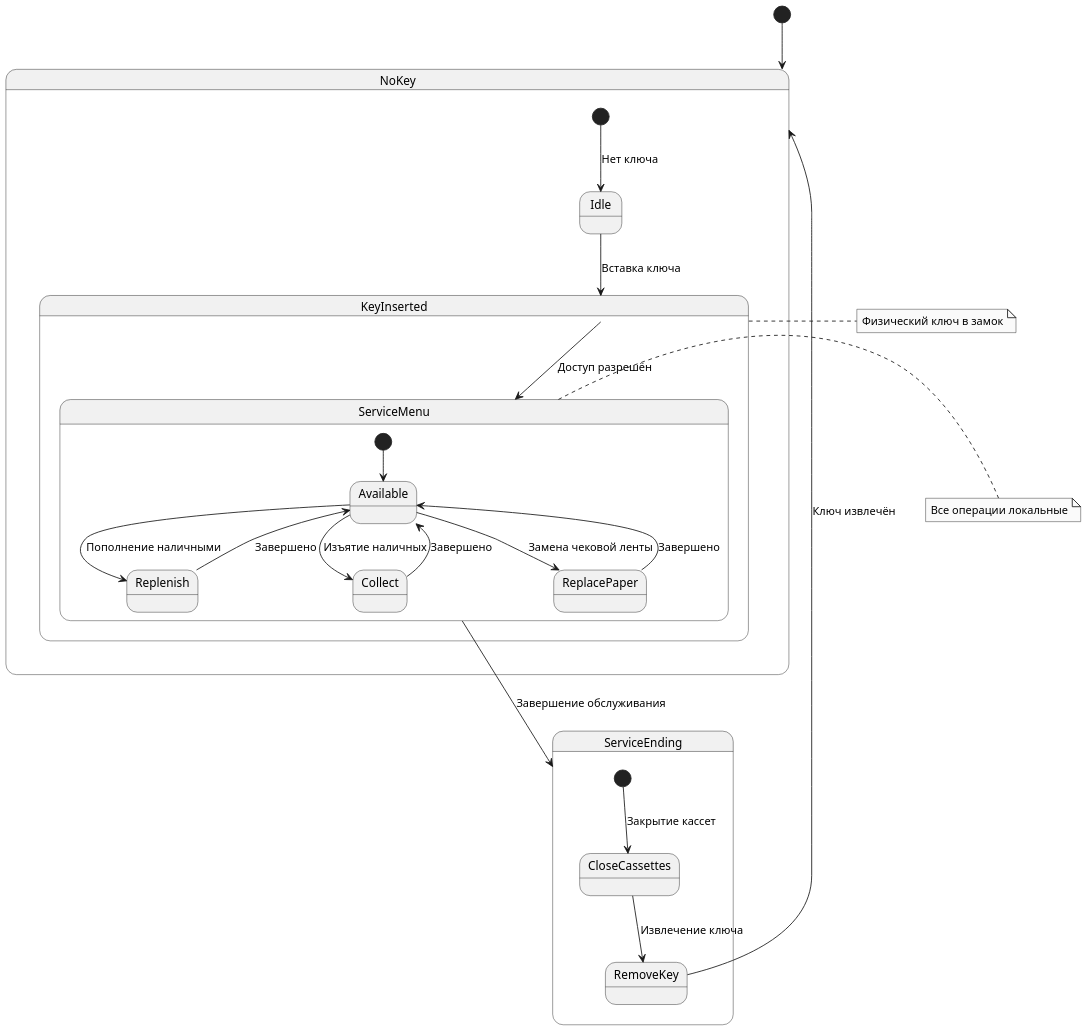
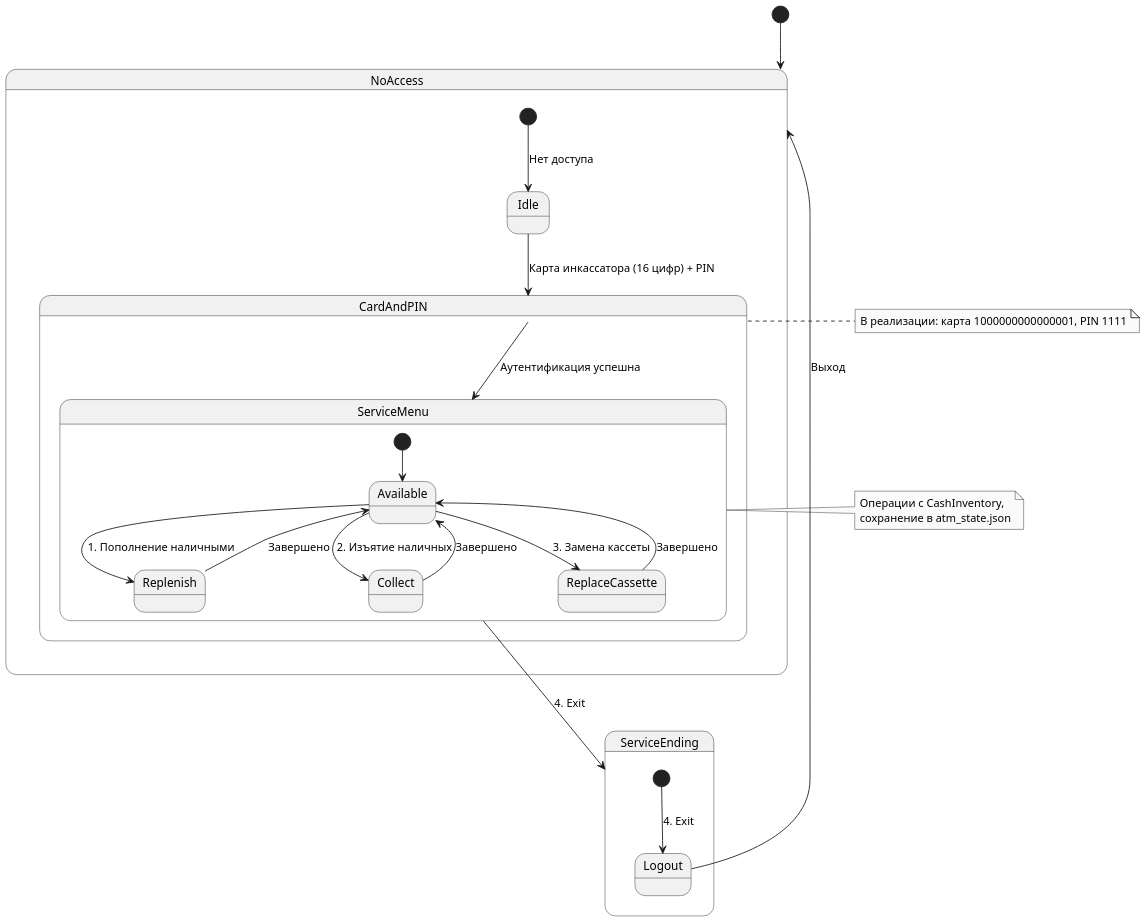
Before and after one commit to vodo4kin/PPOIS_2sem: the diagram in labs/lab_1/ATM/uml/ATM_Service_StateMachine.puml, drawn with PlantUML. The commit also changed 122 other files, not shown here.

```diff
--- a/labs/lab_1/ATM/uml/ATM_Service_StateMachine.puml
+++ b/labs/lab_1/ATM/uml/ATM_Service_StateMachine.puml
@@ -1,43 +1,43 @@
 @startuml ATM_Service_StateMachine
 skinparam monochrome true
 skinparam shadowing false
 skinparam dpi 150
 
-[*] --> NoKey
+[*] --> NoAccess
 
-state NoKey {
-  [*] --> Idle : Нет ключа
-  Idle --> KeyInserted : Вставка ключа
+state NoAccess {
+  [*] --> Idle : Нет доступа
+  Idle --> CardAndPIN : Карта инкассатора (16 цифр) + PIN
 }
 
-state KeyInserted {
-  KeyInserted --> ServiceMenu : Доступ разрешён
+state CardAndPIN {
+  CardAndPIN --> ServiceMenu : Аутентификация успешна
 }
 
 state ServiceMenu {
   [*] --> Available
-  Available --> Replenish : Пополнение наличными
-  Available --> Collect : Изъятие наличных
-  Available --> ReplacePaper : Замена чековой ленты
+  Available --> Replenish : 1. Пополнение наличными
+  Available --> Collect : 2. Изъятие наличных
+  Available --> ReplaceCassette : 3. Замена кассеты
   Replenish --> Available : Завершено
   Collect --> Available : Завершено
-  ReplacePaper --> Available : Завершено
+  ReplaceCassette --> Available : Завершено
 }
 
 state ServiceEnding {
-  [*] --> CloseCassettes : Закрытие кассет
-  CloseCassettes --> RemoveKey : Извлечение ключа
-  RemoveKey --> NoKey : Ключ извлечён
+  [*] --> Logout : 4. Exit
+  Logout --> NoAccess : Выход
 }
 
-ServiceMenu --> ServiceEnding : Завершение обслуживания
+ServiceMenu --> ServiceEnding : 4. Exit
 
-note right of KeyInserted
-  Физический ключ в замок
+note right of CardAndPIN
+  В реализации: карта 1000000000000001, PIN 1111
 end note
 
 note right of ServiceMenu
-  Все операции локальные
+  Операции с CashInventory,
+  сохранение в atm_state.json
 end note
 
 @enduml
```
